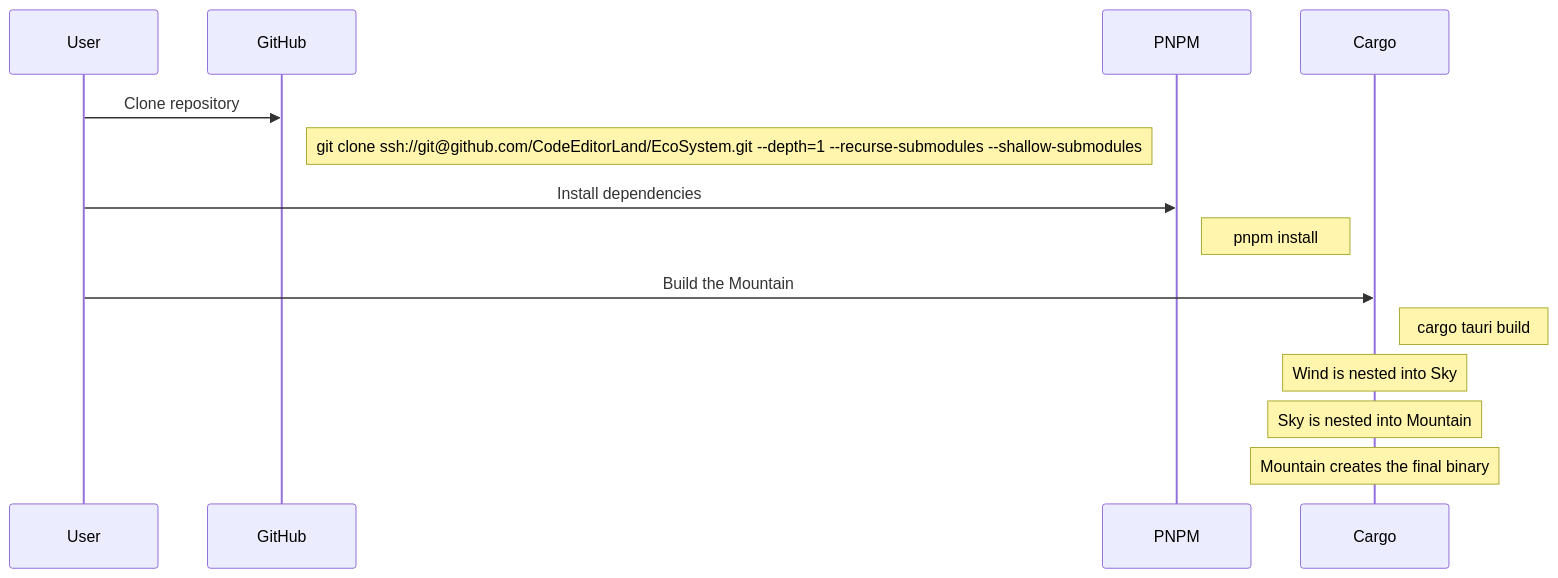
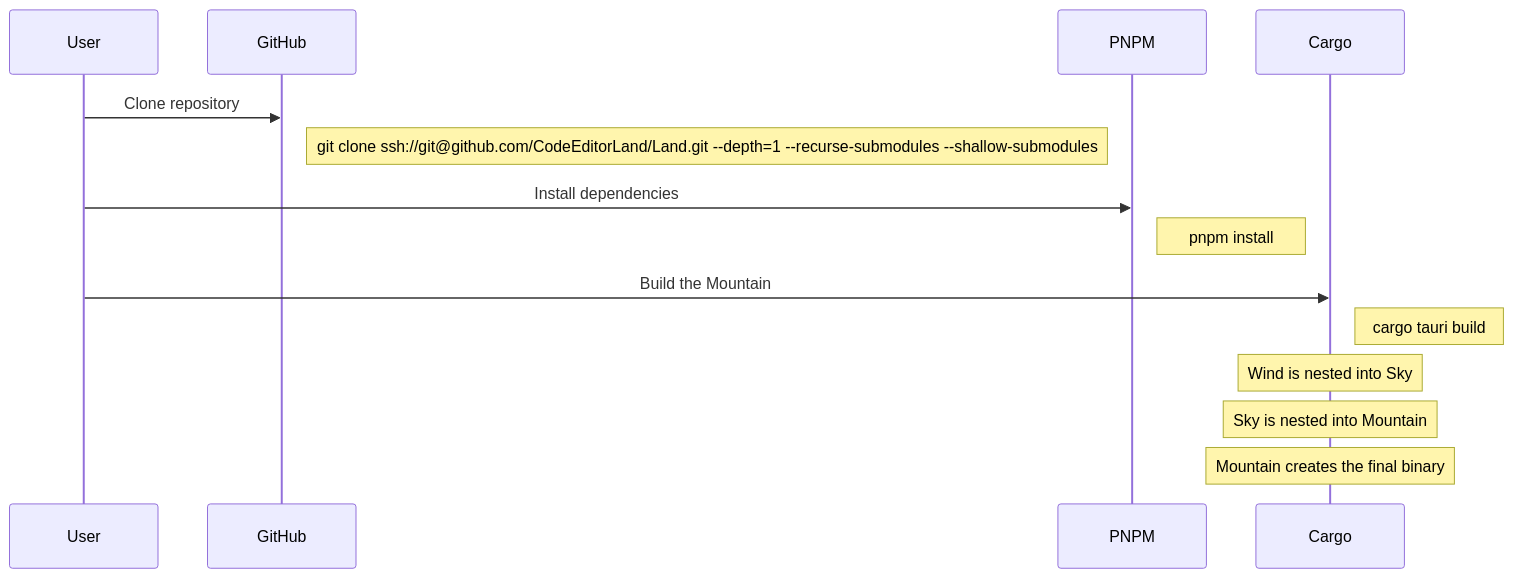
Before and after one commit to NikolaRHristov/WebSite: the second of 2 diagrams in Source/pages/Raw/Readme/CodeEditorLand/EcoSystem/README.md, drawn with Mermaid. The commit also changed other lines of this file and 7 other files, not shown here.

````diff
--- a/Source/pages/Raw/Readme/CodeEditorLand/EcoSystem/README.md
+++ b/Source/pages/Raw/Readme/CodeEditorLand/EcoSystem/README.md
@@ -109,20 +109,20 @@
 ```mermaid
 sequenceDiagram
     participant User
     participant GitHub
     participant PNPM
     participant Cargo
 
     User->>GitHub: Clone repository
-    Note right of GitHub: git clone ssh://git@github.com/CodeEditorLand/EcoSystem.git --depth=1 --recurse-submodules --shallow-submodules
+    Note right of GitHub: git clone ssh://git@github.com/CodeEditorLand/Land.git --depth=1 --recurse-submodules --shallow-submodules
 
     User->>PNPM: Install dependencies
     Note right of PNPM: pnpm install
 
     User->>Cargo: Build the Mountain
     Note right of Cargo: cargo tauri build
 
     Note over Cargo: Wind is nested into Sky
     Note over Cargo: Sky is nested into Mountain
     Note over Cargo: Mountain creates the final binary
 ```
````
